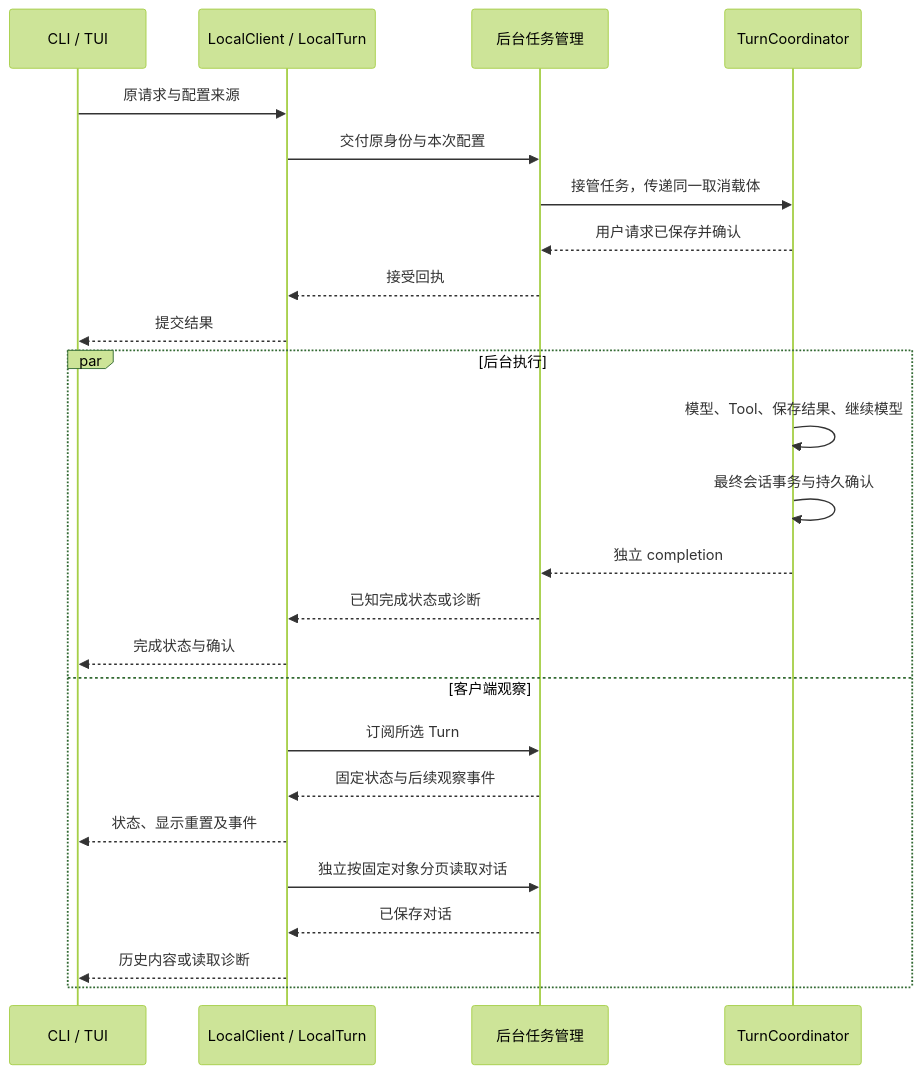
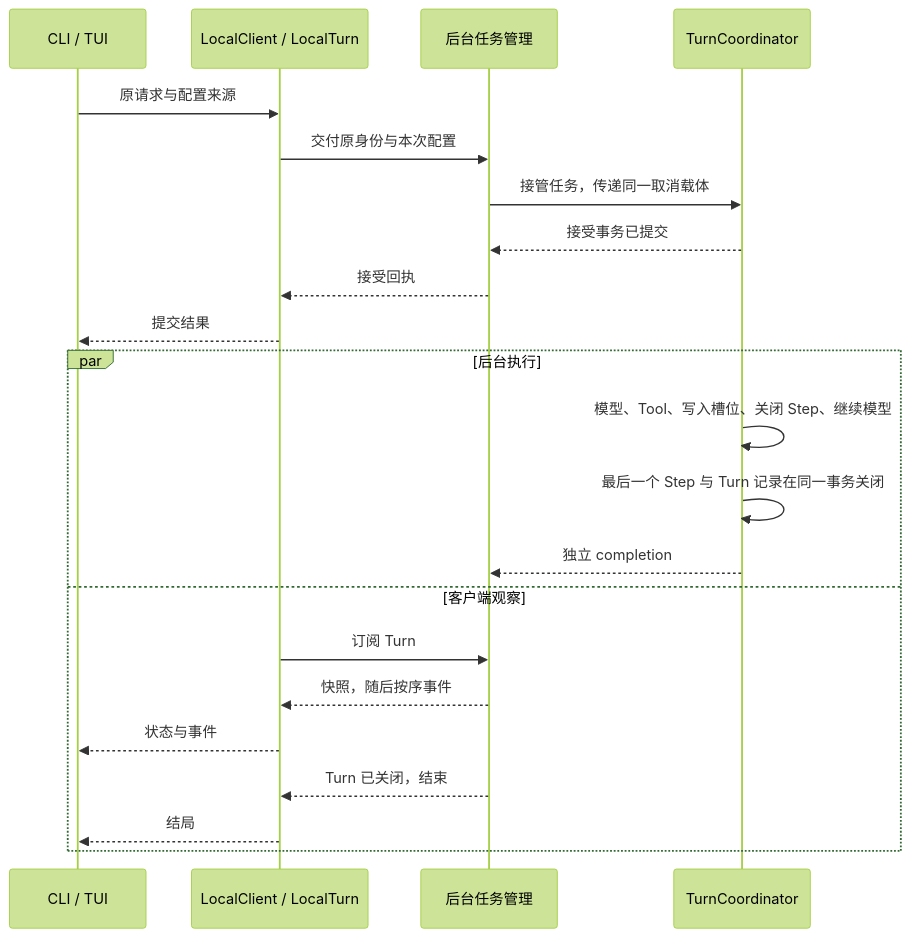
One commit to Skyline10124/lattice changed the first of 2 diagrams in docs/architecture/session.md. Above: the diagram before and after it, drawn with Mermaid (forest theme). The commit also changed other lines of this file and 8 other files, not shown here.

First line of the commit message:
docs(architecture): 按 ADR 0006 修订会话、存储与相关合同（待批准）

````diff
--- a/docs/architecture/session.md
+++ b/docs/architecture/session.md
@@ -63,27 +80,24 @@
 ```mermaid
 sequenceDiagram
     participant F as CLI / TUI
     participant L as LocalClient / LocalTurn
     participant B as 后台任务管理
     participant C as TurnCoordinator
     F->>L: 原请求与配置来源
     L->>B: 交付原身份与本次配置
     B->>C: 接管任务，传递同一取消载体
-    C-->>B: 用户请求已保存并确认
+    C-->>B: 接受事务已提交
     B-->>L: 接受回执
     L-->>F: 提交结果
     par 后台执行
-        C->>C: 模型、Tool、保存结果、继续模型
-        C->>C: 最终会话事务与持久确认
+        C->>C: 模型、Tool、写入槽位、关闭 Step、继续模型
+        C->>C: 最后一个 Step 与 Turn 记录在同一事务关闭
         C-->>B: 独立 completion
-        B-->>L: 已知完成状态或诊断
-        L-->>F: 完成状态与确认
     and 客户端观察
-        L->>B: 订阅所选 Turn
-        B-->>L: 固定状态与后续观察事件
-        L-->>F: 状态、显示重置及事件
-        L->>B: 独立按固定对象分页读取对话
-        B-->>L: 已保存对话
-        L-->>F: 历史内容或读取诊断
+        L->>B: 订阅 Turn
+        B-->>L: 快照，随后按序事件
+        L-->>F: 状态与事件
+        B-->>L: Turn 已关闭，结束
+        L-->>F: 结局
     end
 ```
````
